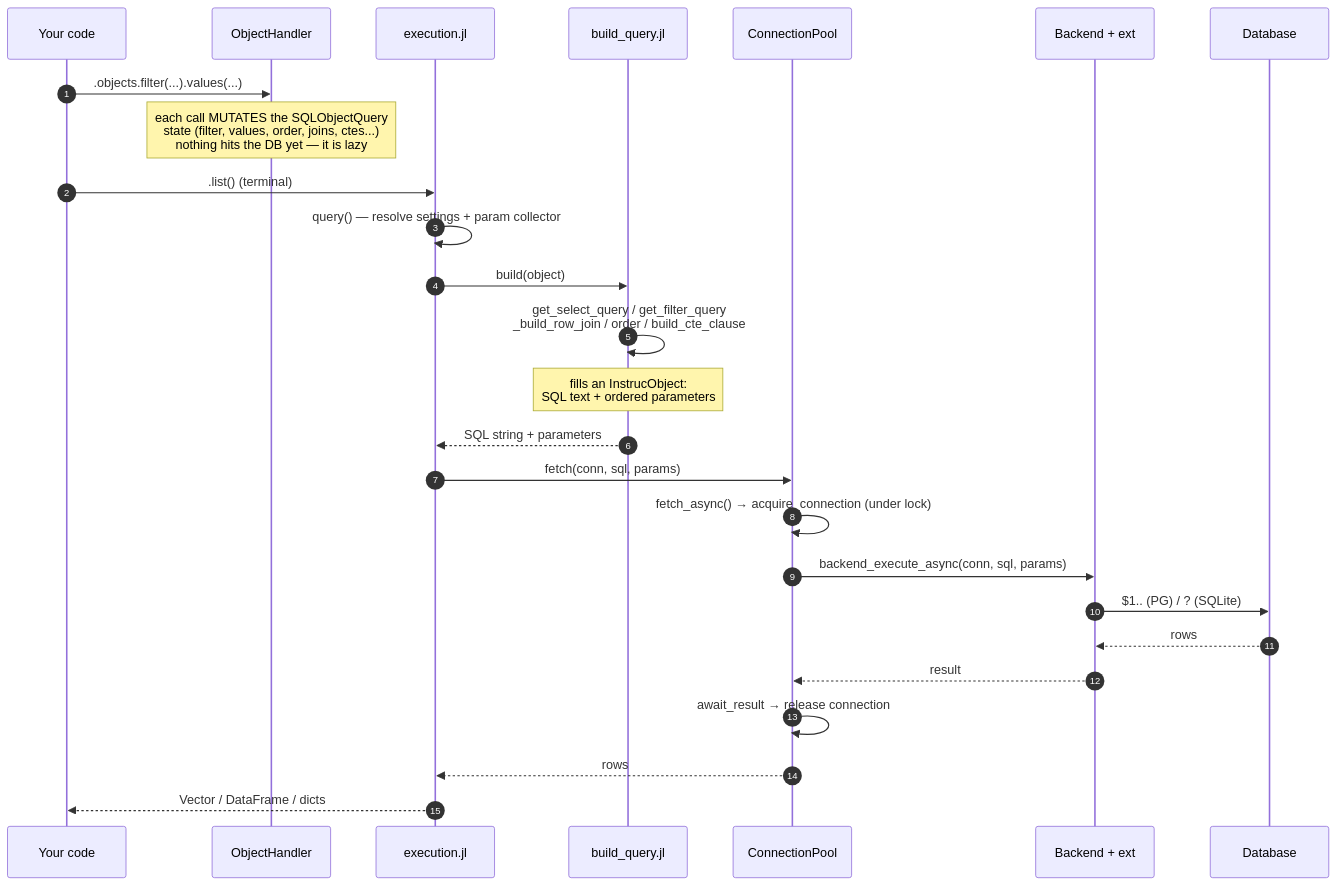
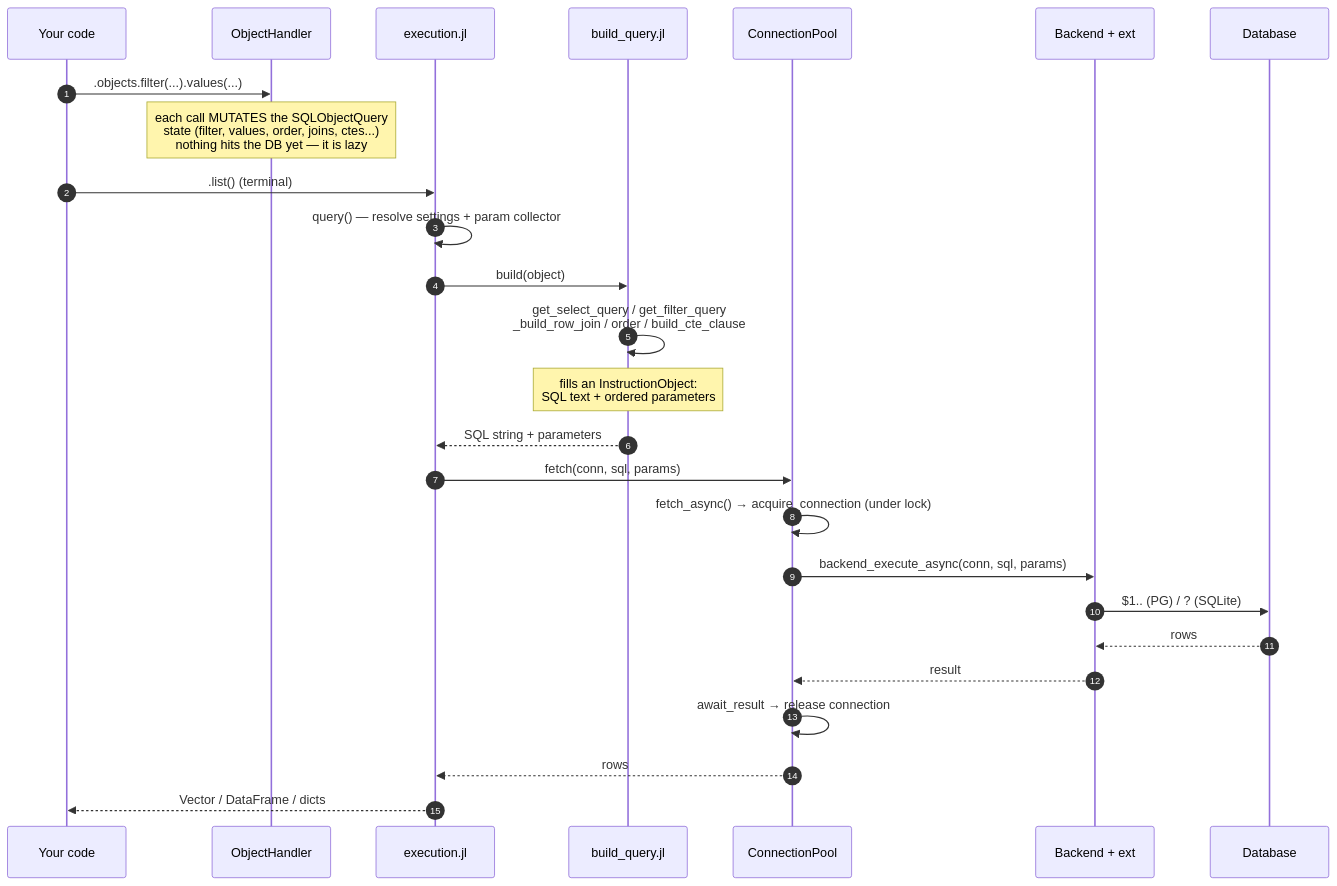
The second of 4 diagrams in docs/src/architecture.md (PingoLee/PormG.jl), drawn with Mermaid before and after one commit. The commit also changed other lines of this file and 33 other files, not shown here.

````diff
--- a/docs/src/architecture.md
+++ b/docs/src/architecture.md
@@ -61,29 +61,29 @@
 ```mermaid
 sequenceDiagram
   autonumber
   participant App as Your code
   participant OH as ObjectHandler
   participant EX as execution.jl
   participant BQ as build_query.jl
   participant CP as ConnectionPool
   participant BE as Backend + ext
   participant DB as Database
 
   App->>OH: .objects.filter(...).values(...)
   Note over OH: each call MUTATES the SQLObjectQuery<br/>state (filter, values, order, joins, ctes...)<br/>nothing hits the DB yet — it is lazy
   App->>EX: .list()  (terminal)
   EX->>EX: query() — resolve settings + param collector
   EX->>BQ: build(object)
   BQ->>BQ: get_select_query / get_filter_query<br/>_build_row_join / order / build_cte_clause
-  Note over BQ: fills an InstrucObject:<br/>SQL text + ordered parameters
+  Note over BQ: fills an InstructionObject:<br/>SQL text + ordered parameters
   BQ-->>EX: SQL string + parameters
   EX->>CP: fetch(conn, sql, params)
   CP->>CP: fetch_async() → acquire_connection (under lock)
   CP->>BE: backend_execute_async(conn, sql, params)
   BE->>DB: $1.. (PG)  /  ? (SQLite)
   DB-->>BE: rows
   BE-->>CP: result
   CP->>CP: await_result → release connection
   CP-->>EX: rows
   EX-->>App: Vector / DataFrame / dicts
 ```
````
